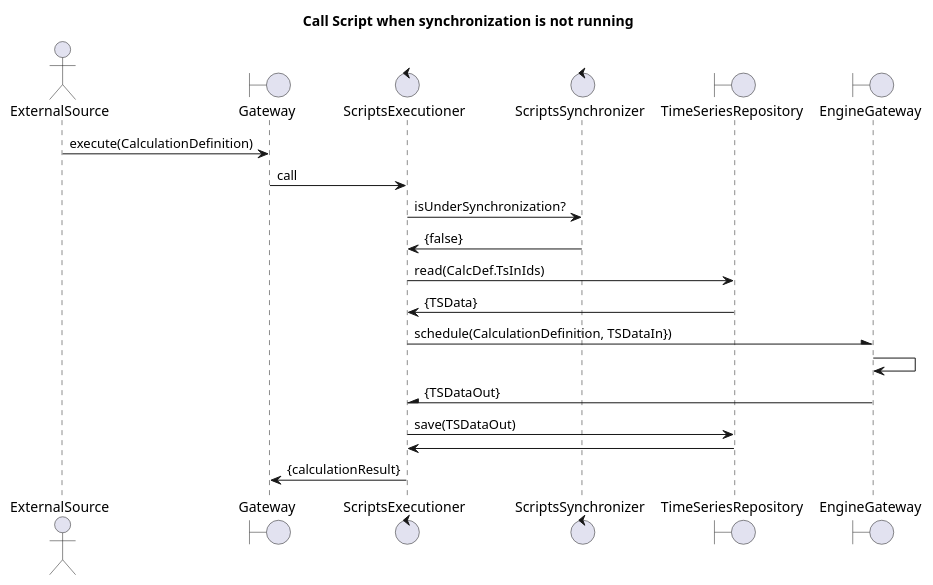
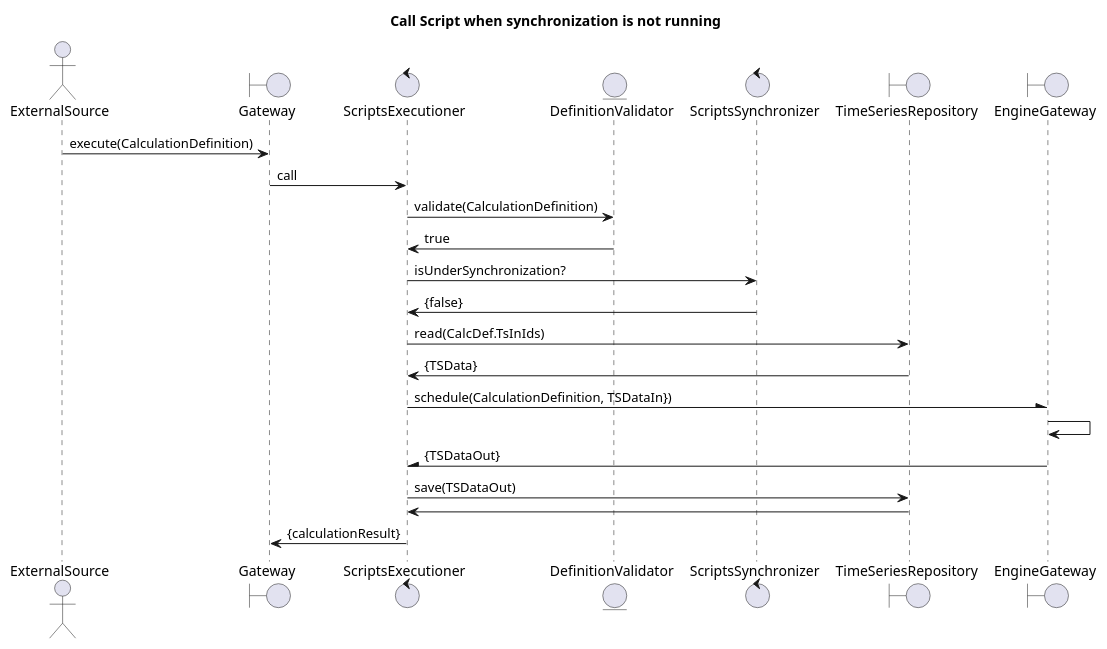
Before and after one commit to PSI-Polska/aaas-java6: the diagram in doc/scriptCall.plantuml, drawn with PlantUML. The commit also changed 7 other files, not shown here.

```diff
--- a/doc/scriptCall.plantuml
+++ b/doc/scriptCall.plantuml
@@ -1,27 +1,30 @@
 @startuml
 
 title Call Script when synchronization is not running
 
 actor ExternalSource
 boundary Gateway
 control ScriptsExecutioner as Executioner
+entity DefinitionValidator as Validator
 control ScriptsSynchronizer as Synchronizer
 boundary TimeSeriesRepository as TSRepo
 boundary EngineGateway as Engine
 
 ExternalSource -> Gateway: execute(CalculationDefinition)
 Gateway -> Executioner: call
+Executioner -> Validator: validate(CalculationDefinition)
+Validator -> Executioner: true
 Executioner -> Synchronizer: isUnderSynchronization?
 Synchronizer -> Executioner: {false}
 ' Executioner -\ Gateway: {scriptExecutionStarted}
 Executioner -> TSRepo: read(CalcDef.TsInIds)
 TSRepo -> Executioner: {TSData}
 ' Executioner -> Engine: run(CalculationDefinition, TSDataIn})
 Executioner -\ Engine: schedule(CalculationDefinition, TSDataIn})
 Engine -> Engine
 Engine -\ Executioner: {TSDataOut}
 Executioner -> TSRepo: save(TSDataOut)
 TSRepo -> Executioner
 Executioner -> Gateway: {calculationResult}
 
 @enduml
```
